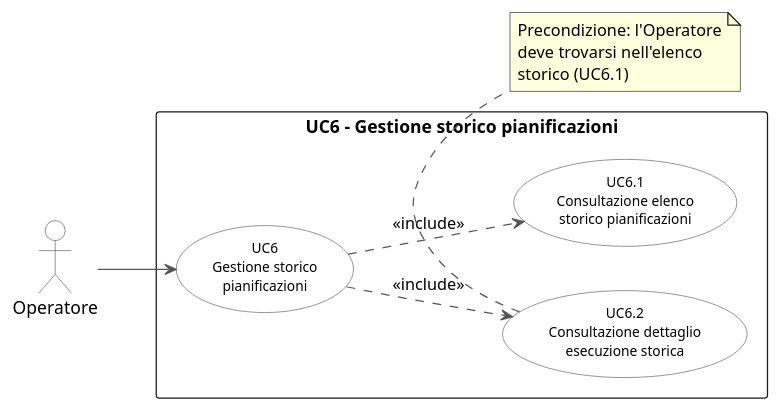
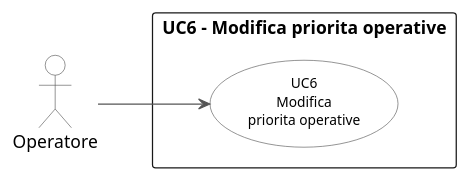
One commit to Faverooo/Tesi-MarcoFavero changed the diagram in plantuml/usecase/uc6.puml. Above: the diagram before and after it, drawn with PlantUML. The commit also changed 20 other files, not shown here.

```diff
--- a/plantuml/usecase/uc6.puml
+++ b/plantuml/usecase/uc6.puml
@@ -1,32 +1,22 @@
 @startuml uc6
 left to right direction
 skinparam backgroundColor white
 skinparam usecase {
     BackgroundColor White
     BorderColor #555555
     ArrowColor #555555
     FontSize 11
 }
 skinparam actor {
     BackgroundColor White
     BorderColor #555555
 }
 
 actor "Operatore" as op
 
-rectangle "UC6 - Gestione storico pianificazioni" {
-    (UC6\nGestione storico\npianificazioni) as UC6
-    (UC6.1\nConsultazione elenco\nstorico pianificazioni) as UC61
-    (UC6.2\nConsultazione dettaglio\nesecuzione storica) as UC62
+rectangle "UC6 - Modifica priorita operative" {
+    (UC6\nModifica\npriorita operative) as UC6
 }
 
 op --> UC6
-UC6 ..> UC61 : <<include>>
-UC6 ..> UC62 : <<include>>
-
-note bottom of UC62
-  Precondizione: l'Operatore
-  deve trovarsi nell'elenco
-  storico (UC6.1)
-end note
 @enduml
```
